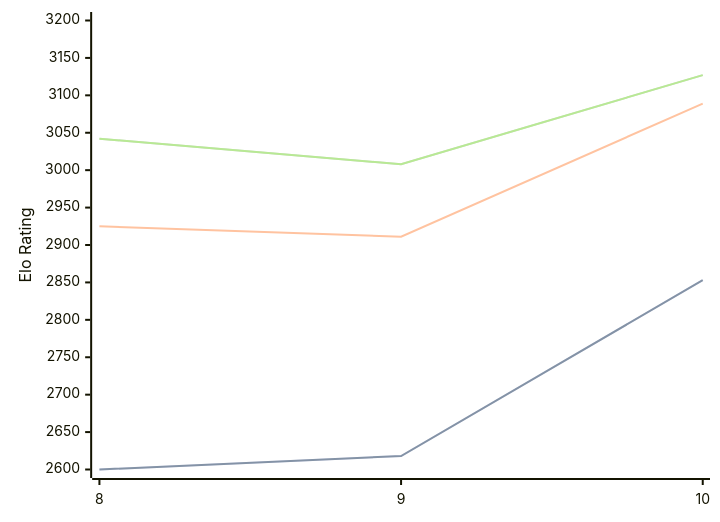
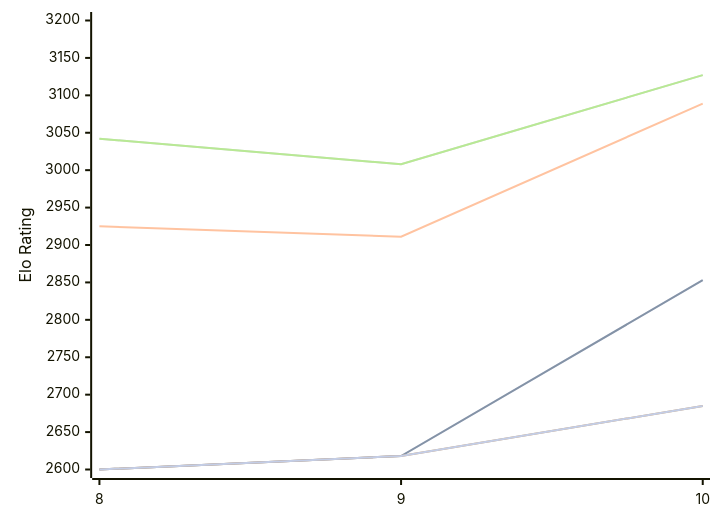
The diagram in engines/Lozza.md (computer-chess-index/cci), drawn with Mermaid before and after one commit. The commit also changed other lines of this file, not shown here.

Commit message:
Update CCI Ratings (ELO VLTC) - 2026-10-11

````diff
--- a/engines/Lozza.md
+++ b/engines/Lozza.md
@@ -49,16 +49,13 @@
 ```mermaid
 %%{init: {"theme":"base","themeVariables":{"seriesColors:['#a3a3a3','#222221','#faa371']}}}%%
 xychart-beta
   x-axis ["8", "9", "10"]
   y-axis "Elo Rating" 2600 --> 3200
   line "" [2600, 2618, 2853]
   line "T1: STC (8.0+0.08s)" [2600, 2618, 2853]
   line "T1: LTC (60.0+0.60s)" [2925, 2911, 3089]
   line "" [3042, 3008, 3127]
   line "T1: VLTC (2m24s+1.12s)" [3042, 3008, 3127]
-  line "" [2670]
-  line "E1: STC (8.0+0.08s)" [2670]
-  line "E1: LTC (60.0+0.60s)" [2963]
-  line "" [3065]
-  line "E1: VLTC (2m24s+1.12s)" [3065]
+  line "" [2600, 2618,2685]
+  line "E1: STC (8.0+0.08s)" [2600, 2618,2685]
 ```
````
